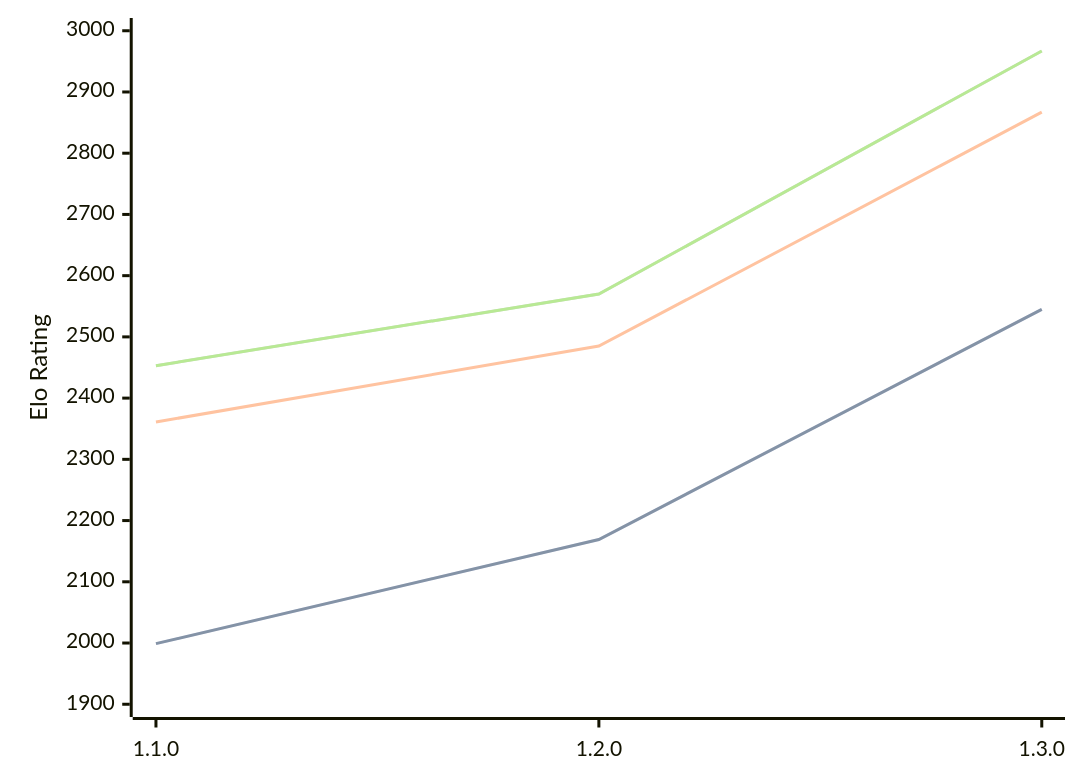
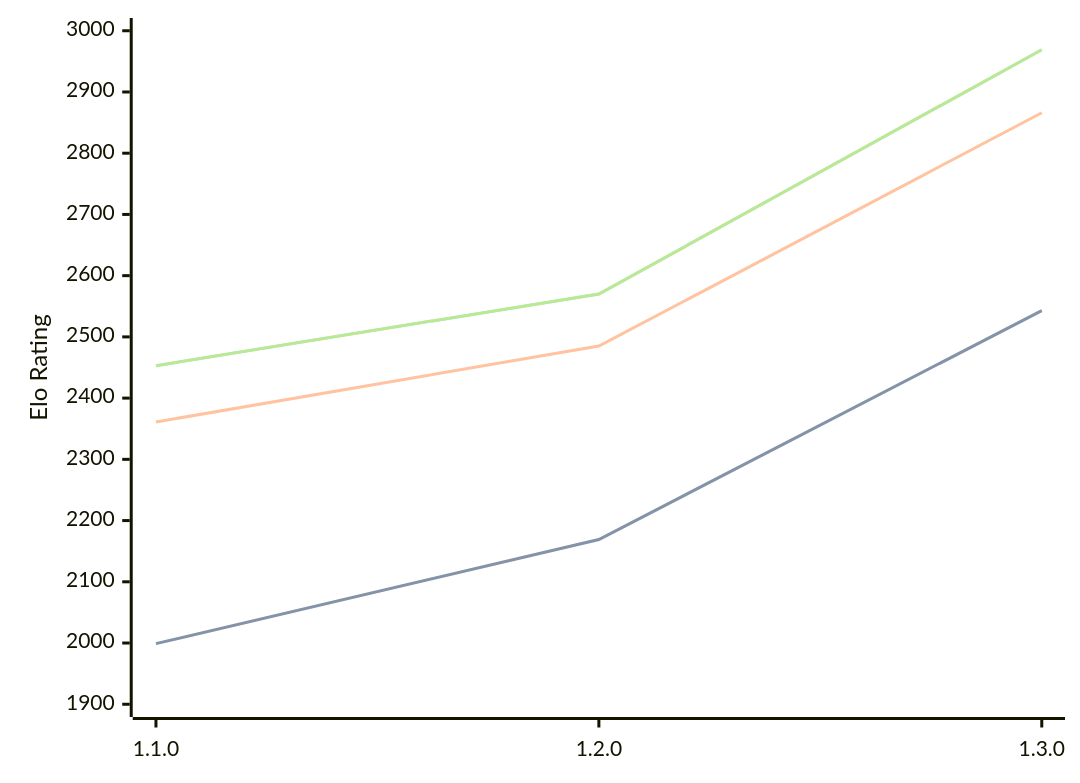
The diagram in engines/Gyatso.md (computer-chess-index/cci), drawn with Mermaid before and after one commit. The commit also changed other lines of this file, not shown here.

Commit message:
Update CCI Ratings (ELO VLTC) - 2026-05-03

````diff
--- a/engines/Gyatso.md
+++ b/engines/Gyatso.md
@@ -34,11 +34,11 @@
 ```mermaid
 %%{init: {"theme":"base","themeVariables":{"seriesColors:['#a3a3a3','#222221','#faa371']}}}%%
 xychart-beta
   x-axis ["1.1.0", "1.2.0", "1.3.0"]
   y-axis "Elo Rating" 1900 --> 3000
-  line "STC (8.0+0.08s)" [1999, 2169, 2545]
-  line "STC (8.0+0.08s)" [1999, 2169, 2545]
-  line "LTC (60.0+0.60s)" [2361, 2485, 2867]
-  line "VLTC (2m24s+1.12s)" [2453, 2570, 2967]
-  line "VLTC (2m24s+1.12s)" [2453, 2570, 2967]
+  line "STC (8.0+0.08s)" [1999, 2169, 2543]
+  line "STC (8.0+0.08s)" [1999, 2169, 2543]
+  line "LTC (60.0+0.60s)" [2361, 2485, 2866]
+  line "VLTC (2m24s+1.12s)" [2453, 2570, 2969]
+  line "VLTC (2m24s+1.12s)" [2453, 2570, 2969]
 ```
````
